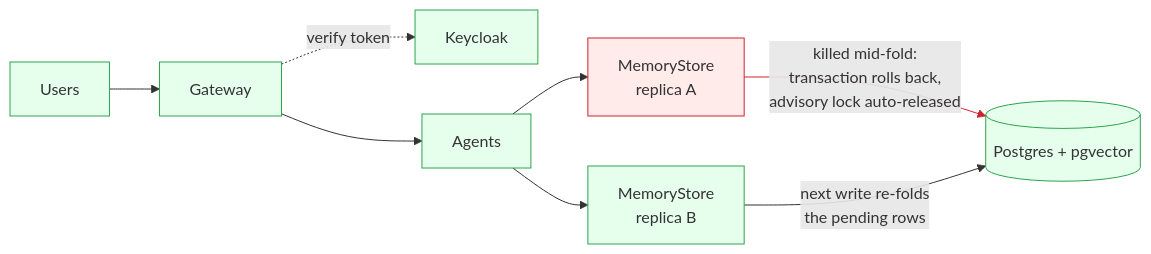
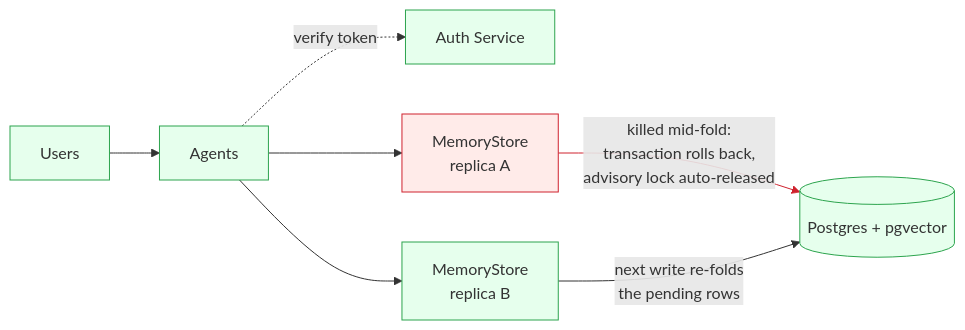
One commit to axsaucedo/kaos-adrs changed the fifth of 8 diagrams in memory/blog/BLOGPOST_DRAFT_PART_3.md. Above: the diagram before and after it, drawn with Mermaid. The commit also changed other lines of this file, not shown here.

First line of the commit message:
blog(part3): simplify failure diagrams to Users, Agents, Auth Service, replicas, Postgres

````diff
--- a/memory/blog/BLOGPOST_DRAFT_PART_3.md
+++ b/memory/blog/BLOGPOST_DRAFT_PART_3.md
@@ -261,16 +260,15 @@
 ```mermaid
 flowchart LR
-  U["Users"] --> GW["Gateway"]
-  GW -.->|"verify token"| KC["Keycloak"]
-  GW --> A["Agents"]
+  U["Users"] --> A["Agents"]
+  A -.->|"verify token"| AS["Auth Service"]
   A --> R1["MemoryStore<br/>replica A"]
   A --> R2["MemoryStore<br/>replica B"]
   R1 -->|"killed mid-fold:<br/>transaction rolls back,<br/>advisory lock auto-released"| PG[("Postgres + pgvector")]
   R2 -->|"next write re-folds<br/>the pending rows"| PG
   classDef down fill:#ffebe9,stroke:#cf222e;
   classDef warn fill:#fff8c5,stroke:#d4a72c;
   classDef ok fill:#e6ffed,stroke:#2da44e;
   class R1 down;
-  class U,GW,KC,A,R2,PG ok;
-  linkStyle 5 stroke:#cf222e
+  class U,AS,A,R2,PG ok;
+  linkStyle 4 stroke:#cf222e
 ```
````
